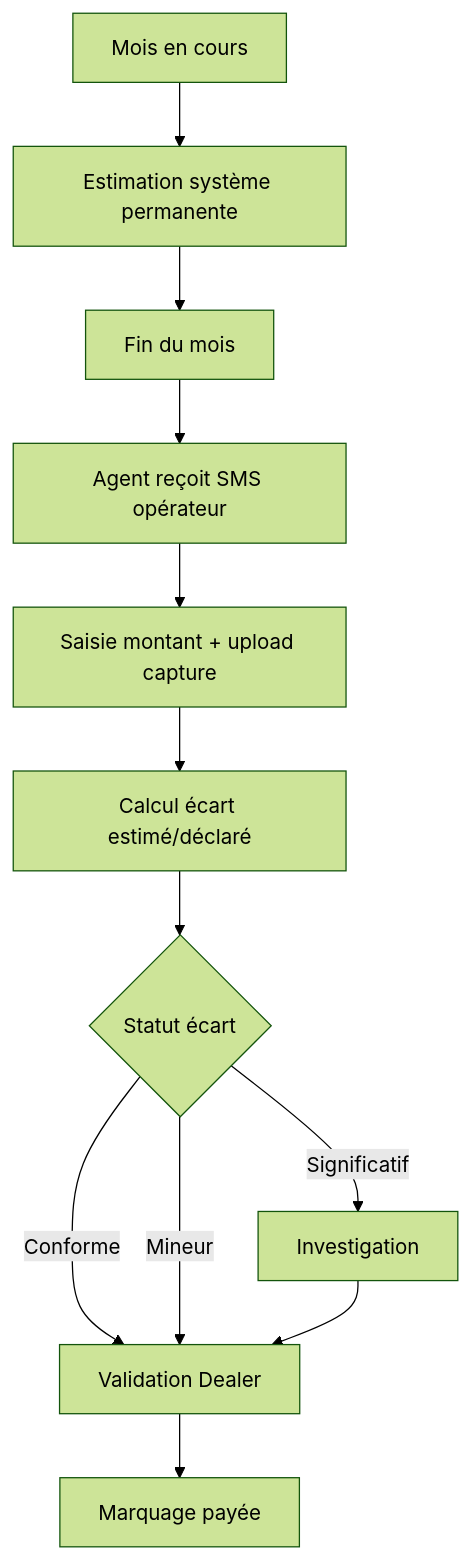
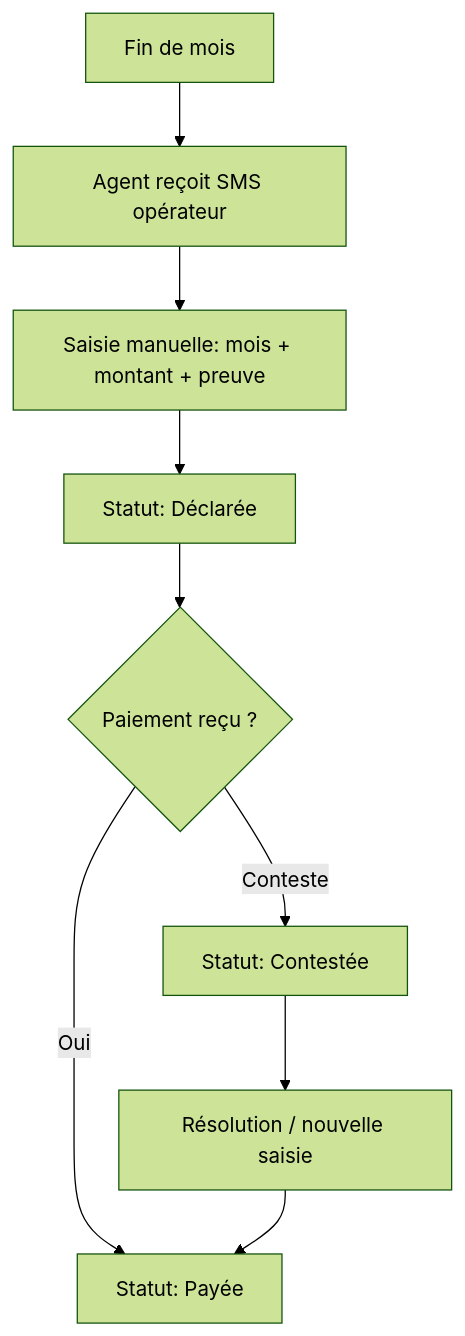
The third of 3 diagrams in orange_money/README.md (Louiscarlos2508/elyf-group-app-showcase), drawn with Mermaid (forest theme) before and after one commit. The commit also changed other lines of this file and 1 other file, not shown here.

````diff
--- a/orange_money/README.md
+++ b/orange_money/README.md
@@ -446,14 +449,11 @@
 ```mermaid
 graph TD
-    A[Mois en cours] --> B[Estimation système permanente]
-    B --> C[Fin du mois]
-    C --> D[Agent reçoit SMS opérateur]
-    D --> E[Saisie montant + upload capture]
-    E --> F[Calcul écart estimé/déclaré]
-    F --> G{Statut écart}
-    G -->|Conforme| H[Validation Dealer]
-    G -->|Mineur| H
-    G -->|Significatif| I[Investigation]
-    I --> H
-    H --> J[Marquage payée]
+    A[Fin de mois] --> B[Agent reçoit SMS opérateur]
+    B --> C[Saisie manuelle: mois + montant + preuve]
+    C --> D[Statut: Déclarée]
+    D --> E{Paiement reçu ?}
+    E -->|Oui| F[Statut: Payée]
+    E -->|Conteste| G[Statut: Contestée]
+    G --> H[Résolution / nouvelle saisie]
+    H --> F
 ```
````
